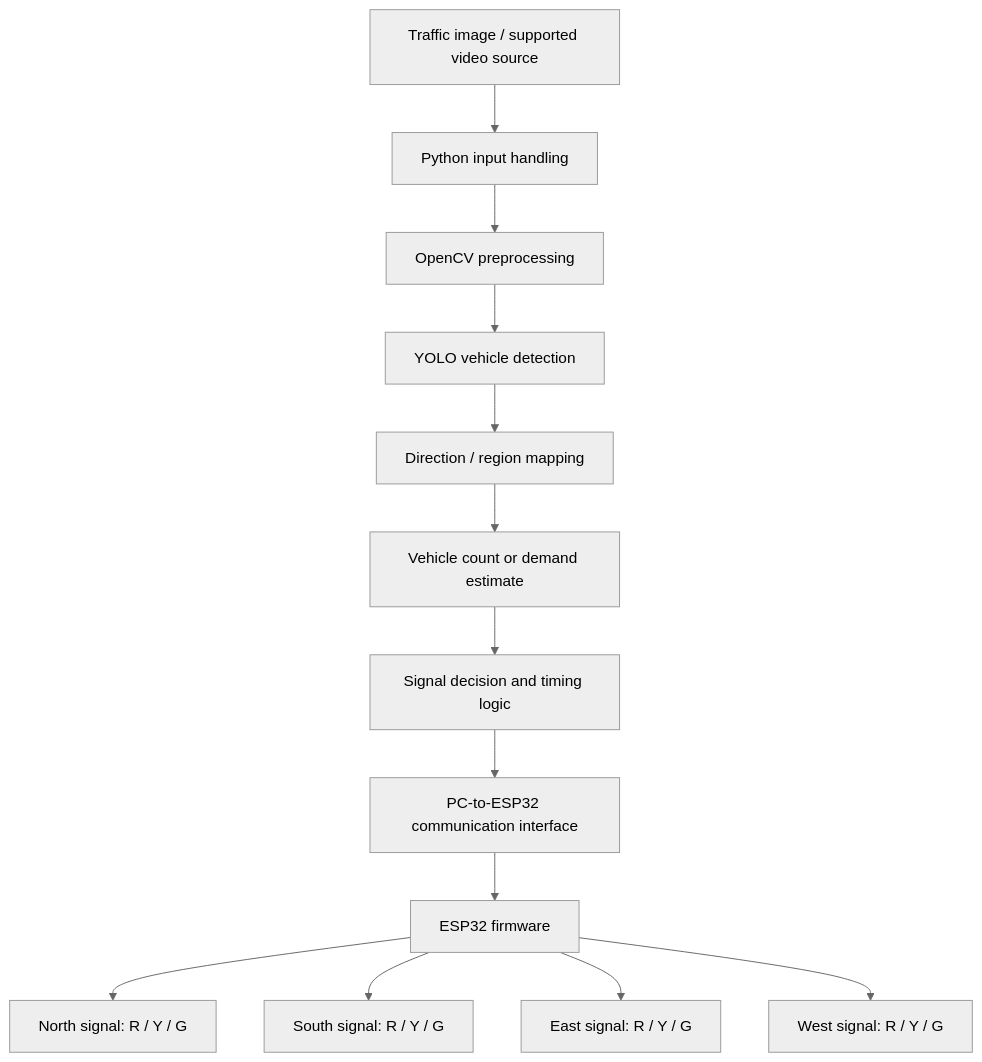
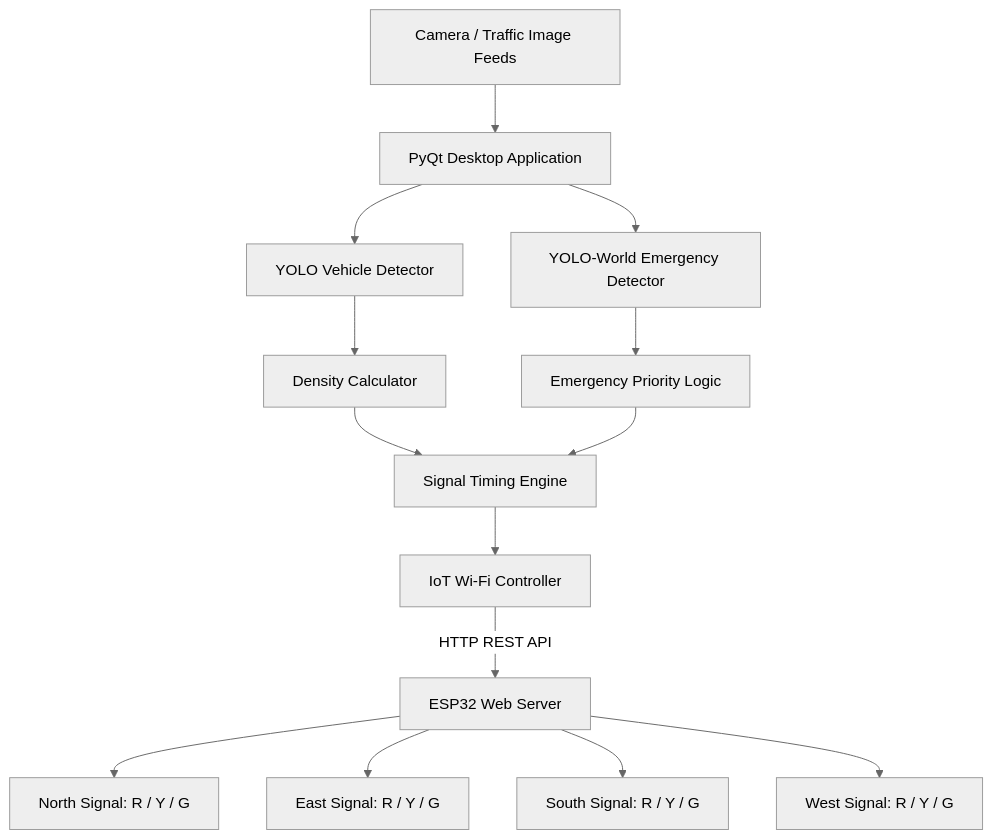
Before and after one commit to Gurugvs/AI-Traffic-Signal-Control-IoT: the first of 3 diagrams in README.md, drawn with Mermaid (neutral theme). The commit also changed other lines of this file, not shown here.

````diff
--- a/README.md
+++ b/README.md
@@ -80,15 +68,16 @@
 ```mermaid
 flowchart TD
-    A[Traffic image / supported video source] --> B[Python input handling]
-    B --> C[OpenCV preprocessing]
-    C --> D[YOLO vehicle detection]
-    D --> E[Direction / region mapping]
-    E --> F[Vehicle count or demand estimate]
-    F --> G[Signal decision and timing logic]
-    G --> H[PC-to-ESP32 communication interface]
-    H --> I[ESP32 firmware]
-    I --> J[North signal: R / Y / G]
-    I --> K[South signal: R / Y / G]
-    I --> L[East signal: R / Y / G]
-    I --> M[West signal: R / Y / G]
+    A[Camera / Traffic Image Feeds] --> B[PyQt Desktop Application]
+    B --> C[YOLO Vehicle Detector]
+    B --> D[YOLO-World Emergency Detector]
+    C --> E[Density Calculator]
+    D --> F[Emergency Priority Logic]
+    E --> G[Signal Timing Engine]
+    F --> G
+    G --> H[IoT Wi-Fi Controller]
+    H -->|HTTP REST API| I[ESP32 Web Server]
+    I --> J[North Signal: R / Y / G]
+    I --> K[East Signal: R / Y / G]
+    I --> L[South Signal: R / Y / G]
+    I --> M[West Signal: R / Y / G]
 ```
````
